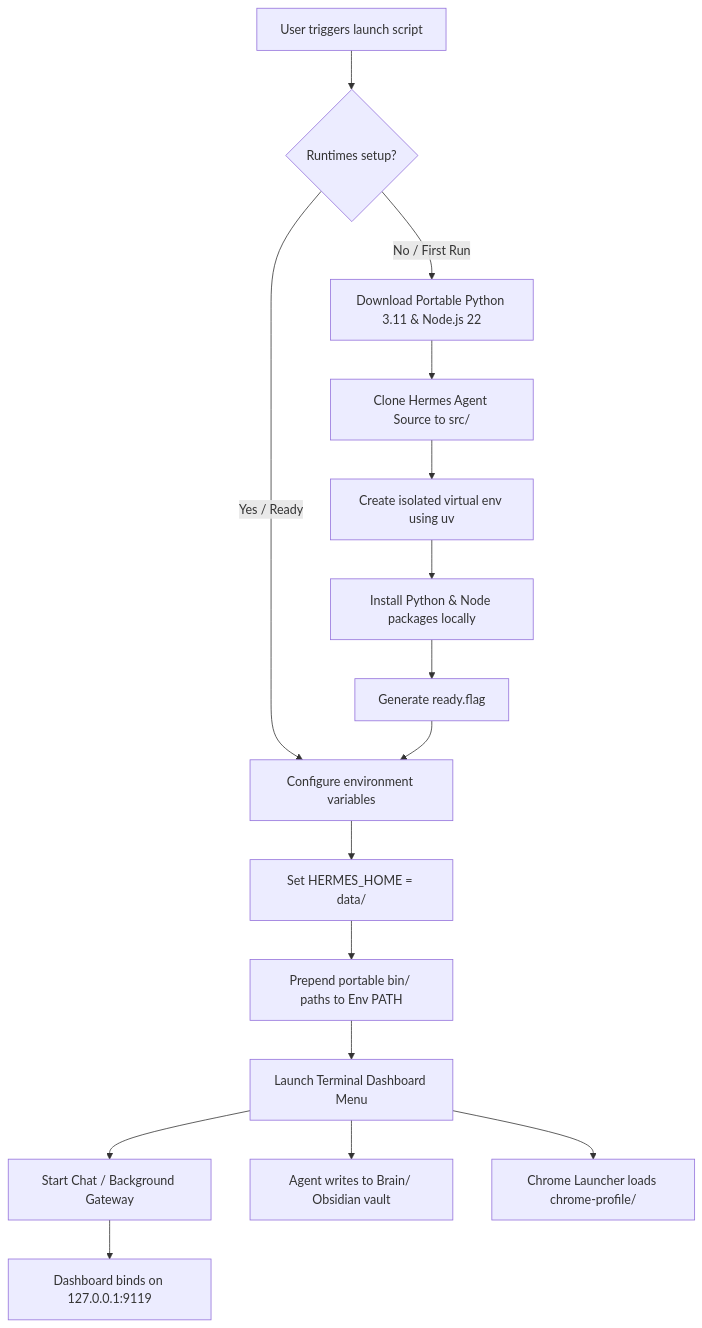
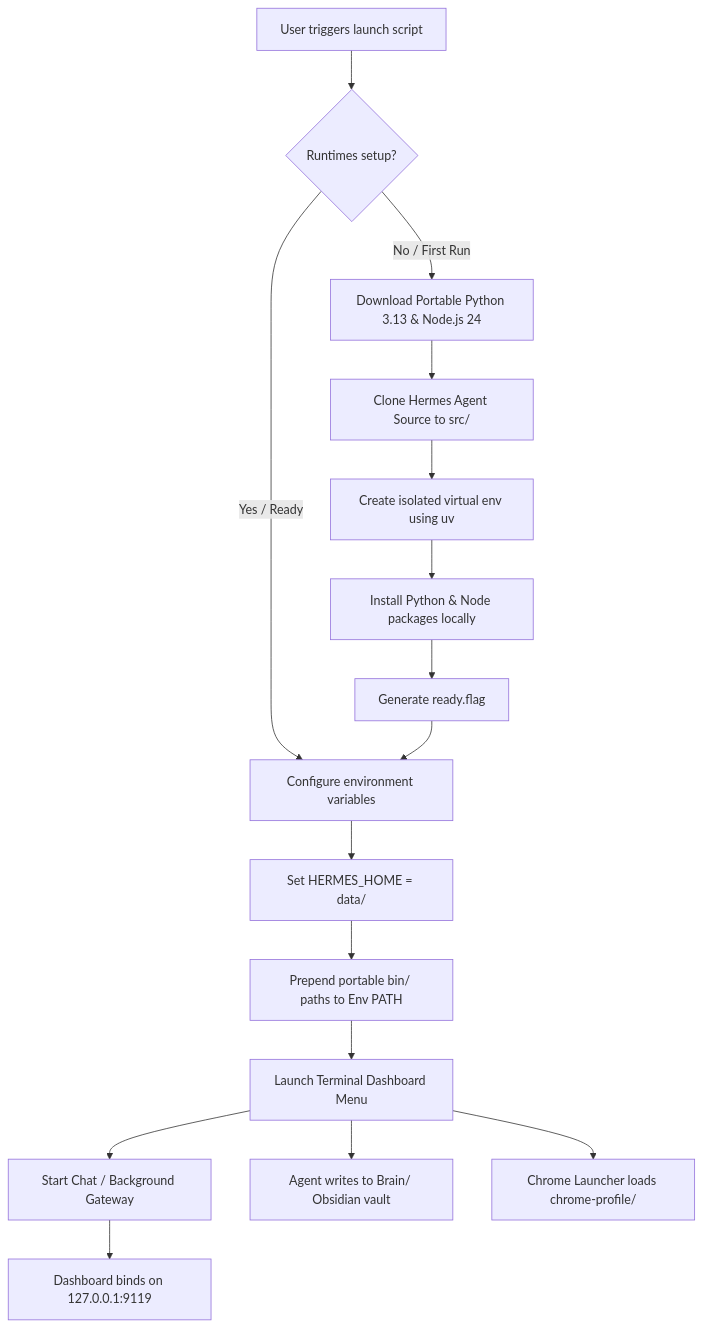
Before and after one commit to achupradeep3050/Hermes-USB-Portable: the diagram in README.md, drawn with Mermaid. The commit also changed other lines of this file and 4 other files, not shown here.

First line of the commit message:
chore(deps): whole-stack update to latest — Python 3.13, Node 24, uv/rg, hermes-agent @main (portable-v1.8.0)

````diff
--- a/README.md
+++ b/README.md
@@ -133,18 +133,18 @@
 ```mermaid
 graph TD
     A[User triggers launch script] --> B{Runtimes setup?}
-    B -- No / First Run --> C[Download Portable Python 3.11 & Node.js 22]
+    B -- No / First Run --> C[Download Portable Python 3.13 & Node.js 24]
     C --> D[Clone Hermes Agent Source to src/]
     D --> E[Create isolated virtual env using uv]
     E --> F[Install Python & Node packages locally]
     F --> G[Generate ready.flag]
     B -- Yes / Ready --> H[Configure environment variables]
     G --> H
     H --> I[Set HERMES_HOME = data/]
     I --> J[Prepend portable bin/ paths to Env PATH]
     J --> K[Launch Terminal Dashboard Menu]
     K --> L[Start Chat / Background Gateway]
     L --> M[Dashboard binds on 127.0.0.1:9119]
     K --> N[Agent writes to Brain/ Obsidian vault]
     K --> O[Chrome Launcher loads chrome-profile/]
 ```
````
